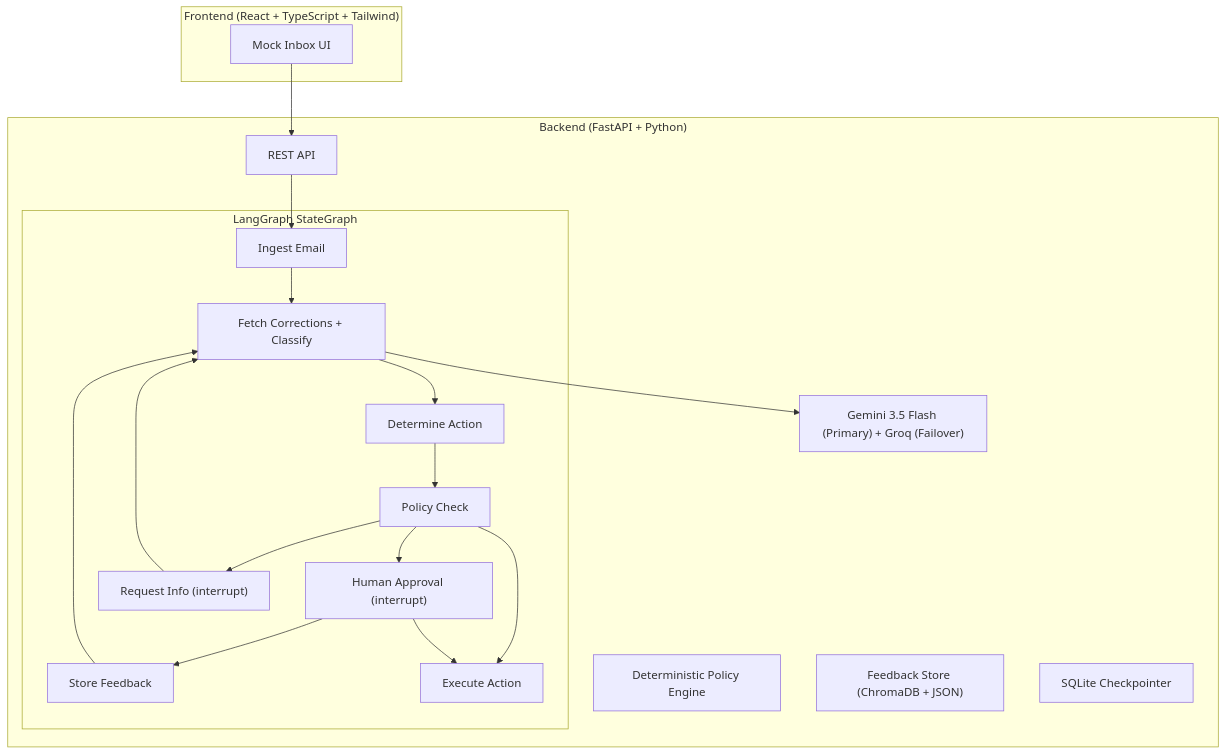
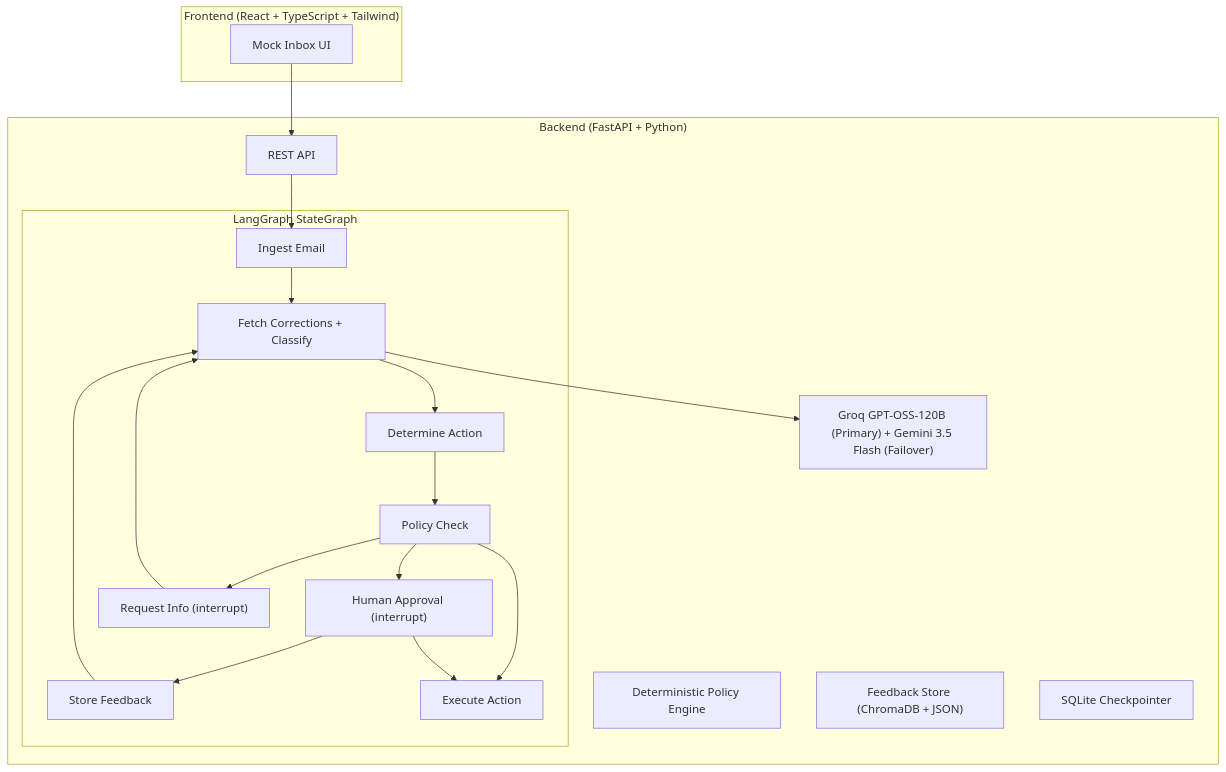
The diagram in README.md (sharan1918/Notion-Press-POC), drawn with Mermaid before and after one commit. The commit also changed other lines of this file and 3 other files, not shown here.

Commit message:
feat(llm): set Groq as primary provider and add design decisions documentation

````diff
--- a/README.md
+++ b/README.md
@@ -11,38 +11,38 @@
 ```mermaid
 graph TD
     subgraph Frontend ["Frontend (React + TypeScript + Tailwind)"]
         UI["Mock Inbox UI"]
     end
 
     subgraph Backend ["Backend (FastAPI + Python)"]
         API["REST API"]
         Policy["Deterministic Policy Engine"]
         subgraph LG ["LangGraph StateGraph"]
             Ingest["Ingest Email"]
             FetchClassify["Fetch Corrections + Classify"]
             Action["Determine Action"]
             PolicyCheck["Policy Check"]
             HumanApproval["Human Approval (interrupt)"]
             RequestInfo["Request Info (interrupt)"]
             StoreFeedback["Store Feedback"]
             Execute["Execute Action"]
         end
         FeedbackStore["Feedback Store (ChromaDB + JSON)"]
         SQLite["SQLite Checkpointer"]
-        Gemini["Gemini 3.5 Flash (Primary) + Groq (Failover)"]
+        LLM["Groq GPT-OSS-120B (Primary) + Gemini 3.5 Flash (Failover)"]
     end
 
     UI --> API
     API --> Ingest
     Ingest --> FetchClassify
-    FetchClassify --> Gemini
+    FetchClassify --> LLM
     FetchClassify --> Action
     Action --> PolicyCheck
     PolicyCheck --> Execute
     PolicyCheck --> HumanApproval
     PolicyCheck --> RequestInfo
     HumanApproval --> Execute
     HumanApproval --> StoreFeedback
     StoreFeedback --> FetchClassify
     RequestInfo --> FetchClassify
 ```
````
